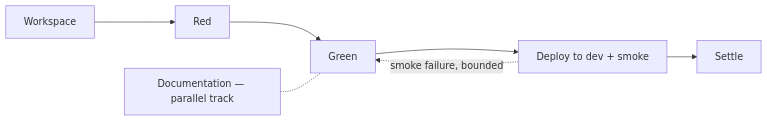
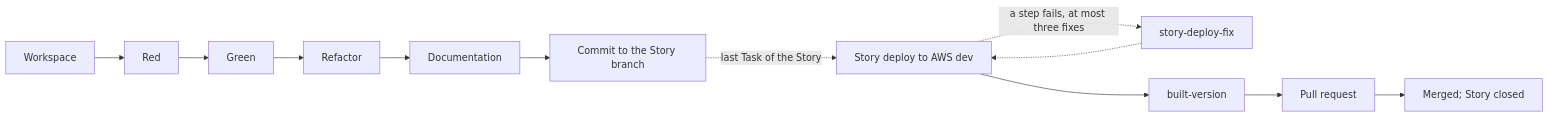
One commit to mark-satterfield/toolset changed the third of 3 diagrams in plugins/agent-teams-workforce/AGENT-TEAMS-WORKFORCE.md. Above: the diagram before and after it, drawn with Mermaid. The commit also changed other lines of this file, not shown here.

````diff
--- a/plugins/agent-teams-workforce/AGENT-TEAMS-WORKFORCE.md
+++ b/plugins/agent-teams-workforce/AGENT-TEAMS-WORKFORCE.md
@@ -116,8 +116,8 @@
 ```mermaid
 graph LR
-  WS[Workspace] --> RED[Red] --> GRN[Green]
-  GRN --> DEP[Deploy to dev + smoke]
-  DEP -. smoke failure, bounded .-> GRN
-  DEP --> SET[Settle]
-  DOC[Documentation — parallel track] -.- GRN
+  WS[Workspace] --> RED[Red] --> GRN[Green] --> REF[Refactor] --> DOC[Documentation] --> COM[Commit to the Story branch]
+  COM -. last Task of the Story .-> DEP[Story deploy to AWS dev]
+  DEP -. a step fails, at most three fixes .-> FIX[story-deploy-fix]
+  FIX -.-> DEP
+  DEP --> BV[built-version] --> PR[Pull request] --> MRG[Merged; Story closed]
 ```
````
